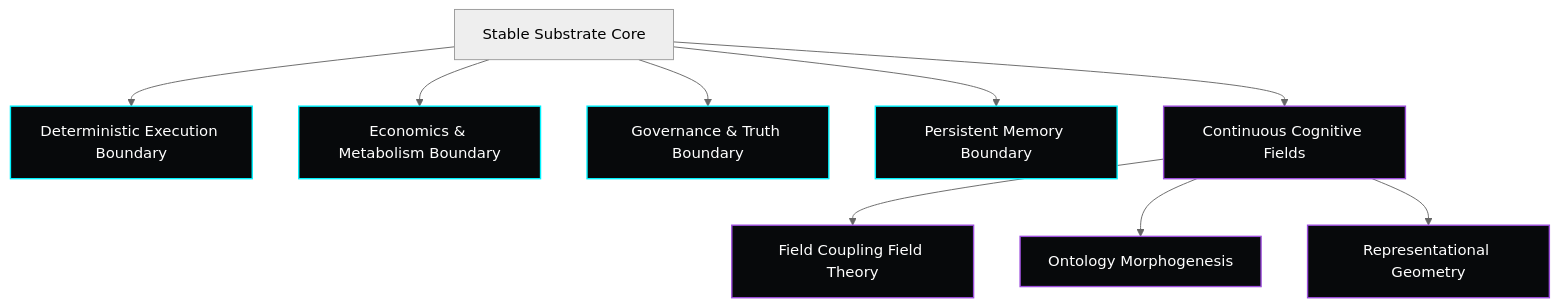
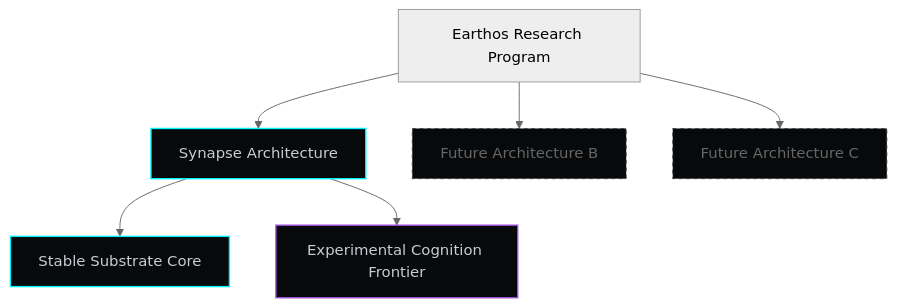
The diagram in docs/manifesto.md (rk-roshan-kr/Earthos-public), drawn with Mermaid (neutral theme) before and after one commit. The commit also changed other lines of this file and 15 other files, not shown here.

````diff
--- a/docs/manifesto.md
+++ b/docs/manifesto.md
@@ -24,15 +25,13 @@
 ```mermaid
 graph TD
-    classDef stable fill:#07090b,stroke:#00f2fe,stroke-width:1.5px,color:#fff;
-    classDef experimental fill:#07090b,stroke:#9d4edd,stroke-width:1.5px,color:#fff;
-    
-    Substrate[Stable Substrate Core] --> Exec[Deterministic Execution Boundary]:::stable
-    Substrate --> Econ[Economics & Metabolism Boundary]:::stable
-    Substrate --> Gov[Governance & Truth Boundary]:::stable
-    Substrate --> Mem[Persistent Memory Boundary]:::stable
-    
-    Substrate --> Dynamics[Continuous Cognitive Fields]:::experimental
-    Dynamics --> FCFT[Field Coupling Field Theory]:::experimental
-    Dynamics --> Morph[Ontology Morphogenesis]:::experimental
-    Dynamics --> Geom[Representational Geometry]:::experimental
+    classDef active fill:#07090b,stroke:#00f2fe,stroke-width:1.5px,color:#c8ccd4;
+    classDef frontier fill:#07090b,stroke:#9d4edd,stroke-width:1.5px,color:#c8ccd4;
+    classDef future fill:#07090b,stroke:#444,stroke-width:1px,color:#666,stroke-dasharray: 4 4;
+
+    Earthos[Earthos Research Program] --> Synapse[Synapse Architecture]:::active
+    Earthos --> AltB[Future Architecture B]:::future
+    Earthos --> AltC[Future Architecture C]:::future
+
+    Synapse --> Core[Stable Substrate Core]:::active
+    Synapse --> Frontier[Experimental Cognition Frontier]:::frontier
 ```
````
